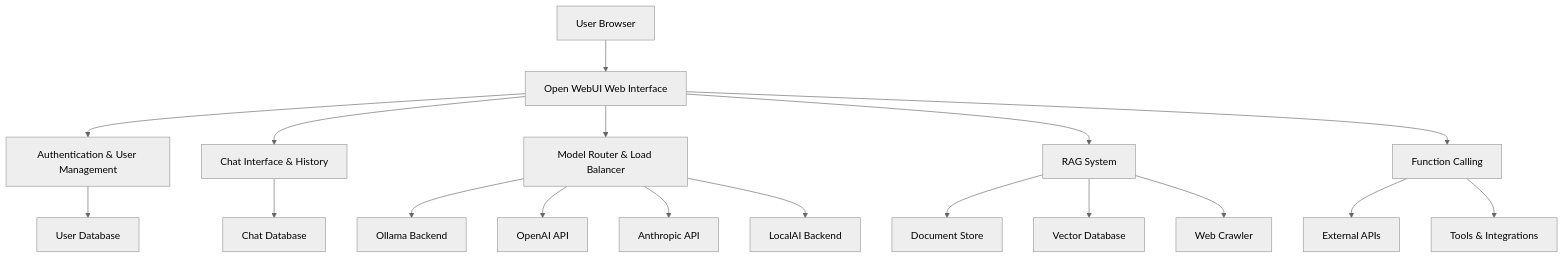
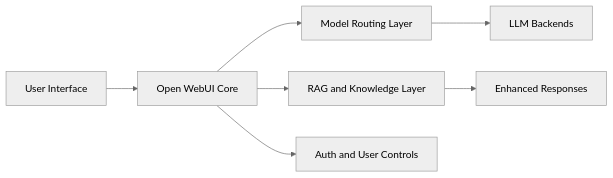
The diagram in tutorials/open-webui-tutorial/index.md (johnxie/awesome-code-docs), drawn with Mermaid (neutral theme) before and after one commit. The commit also changed other lines of this file and 6 other files, not shown here.

Commit message:
docs: upgrade open-webui and ollama indexes to v2 format (#89)

````diff
--- a/tutorials/open-webui-tutorial/index.md
+++ b/tutorials/open-webui-tutorial/index.md
@@ -75,24 +38,9 @@
 ```mermaid
-graph TB
-    A[User Browser] --> B[Open WebUI Web Interface]
-    B --> C[Authentication & User Management]
-    B --> D[Chat Interface & History]
-    B --> E[Model Router & Load Balancer]
-
-    E --> F[Ollama Backend]
-    E --> G[OpenAI API]
-    E --> H[Anthropic API]
-    E --> I[LocalAI Backend]
-
-    B --> J[RAG System]
-    J --> K[Document Store]
-    J --> L[Vector Database]
-    J --> M[Web Crawler]
-
-    B --> N[Function Calling]
-    N --> O[External APIs]
-    N --> P[Tools & Integrations]
-
-    C --> Q[User Database]
-    D --> R[Chat Database]
+flowchart LR
+    A[User Interface] --> B[Open WebUI Core]
+    B --> C[Model Routing Layer]
+    C --> D[LLM Backends]
+    B --> E[RAG and Knowledge Layer]
+    B --> F[Auth and User Controls]
+    E --> G[Enhanced Responses]
 ```
````
